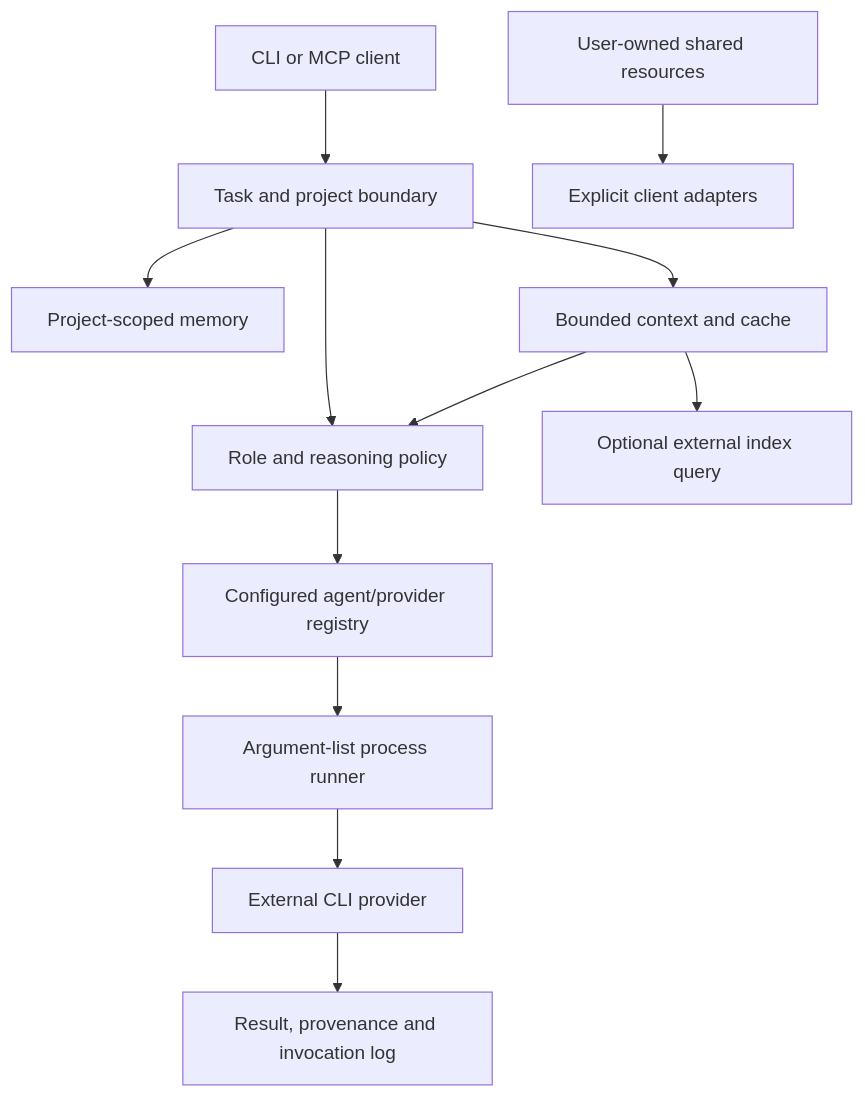
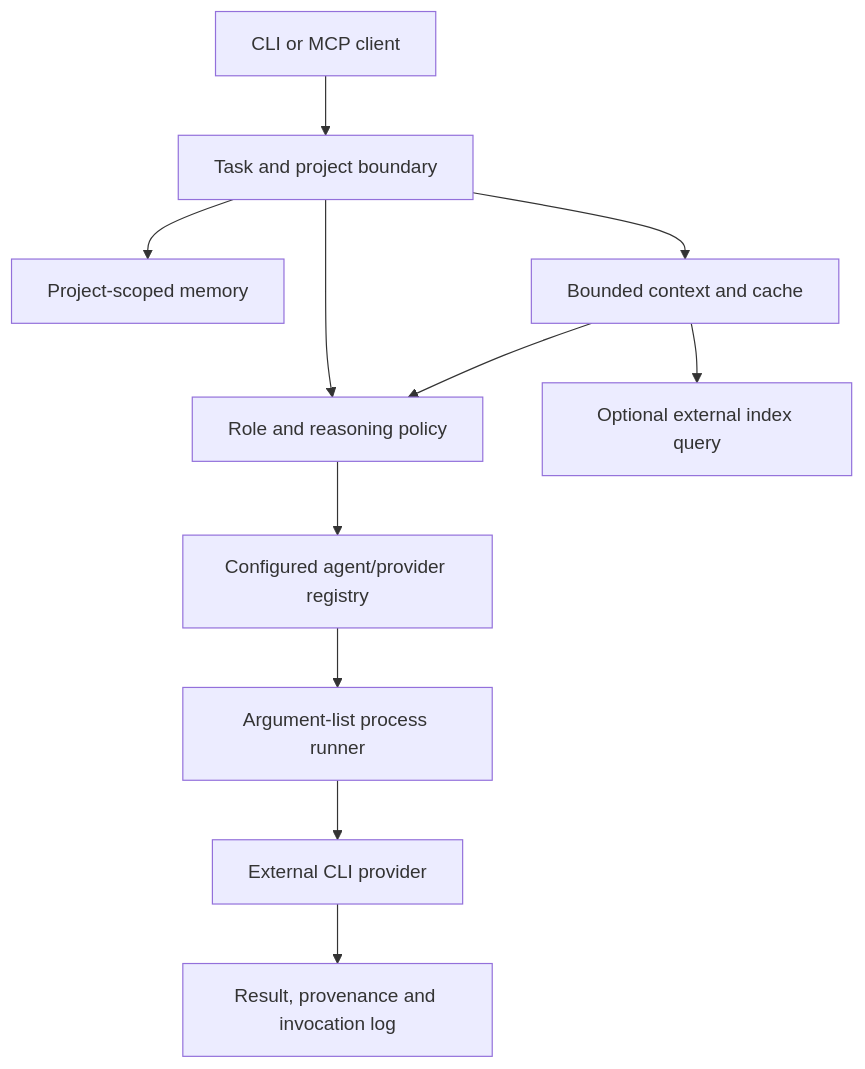
The diagram in docs/architecture.md (firecheg/agent-harness), drawn with Mermaid before and after one commit. The commit also changed other lines of this file and 17 other files, not shown here.

````diff
--- a/docs/architecture.md
+++ b/docs/architecture.md
@@ -5,14 +5,13 @@
 ```mermaid
 flowchart TD
   User[CLI or MCP client] --> Task[Task and project boundary]
   Task --> Policy[Role and reasoning policy]
   Policy --> Registry[Configured agent/provider registry]
   Registry --> Runner[Argument-list process runner]
   Runner --> Provider[External CLI provider]
   Provider --> Evidence[Result, provenance and invocation log]
   Task --> Memory[Project-scoped memory]
   Task --> Context[Bounded context and cache]
   Context --> Index[Optional external index query]
   Context --> Policy
-  Resources[User-owned shared resources] --> Adapters[Explicit client adapters]
 ```
````
